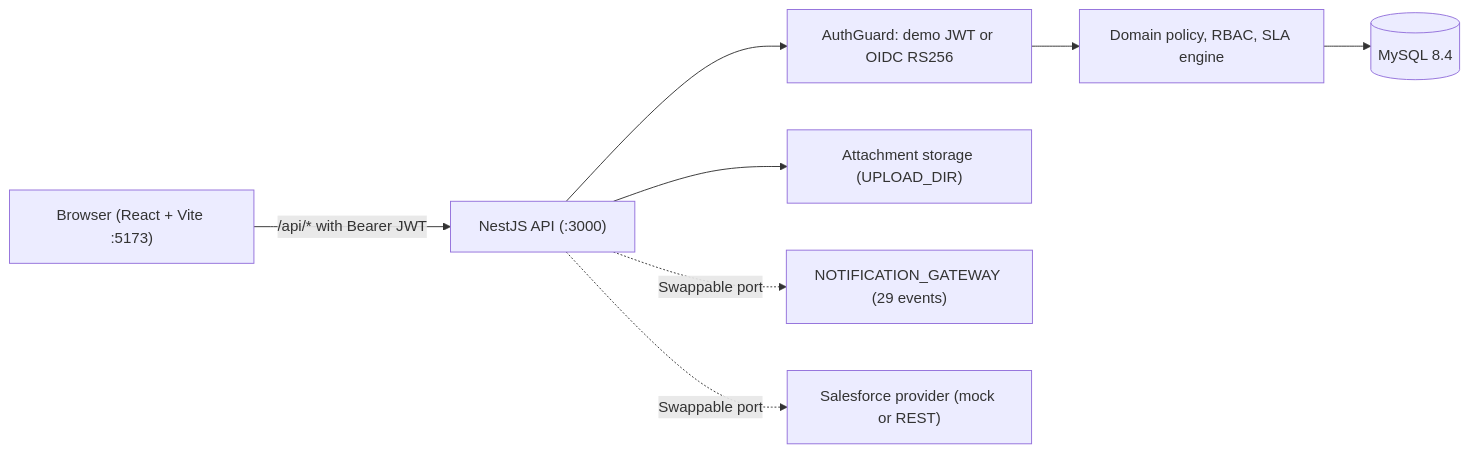
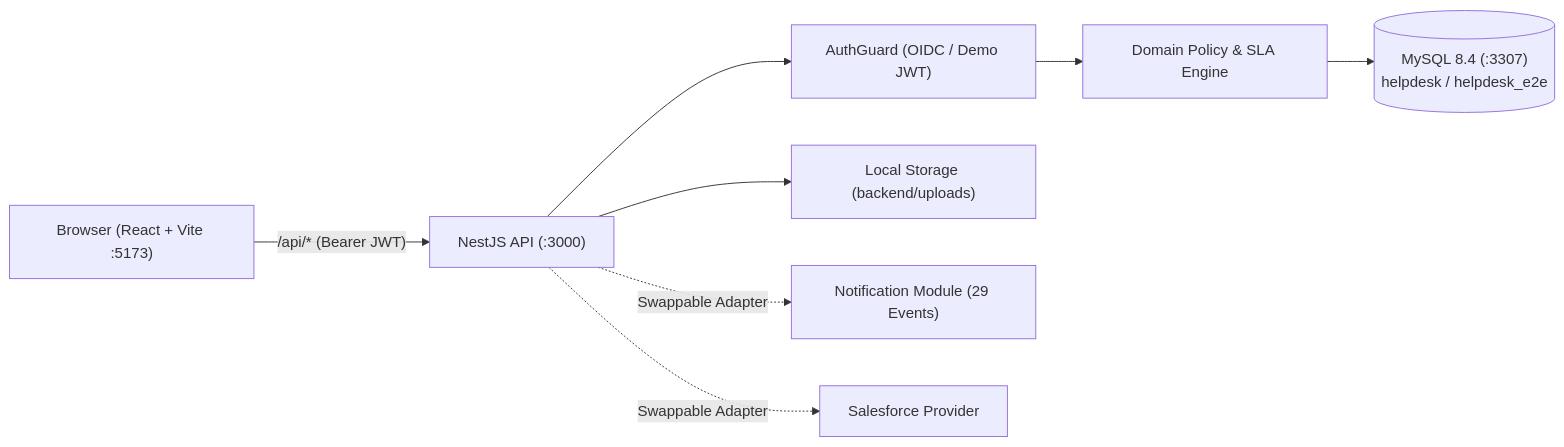
Before and after one commit to sprabudh/npstx-helpdesk-app: the diagram in README.md, drawn with Mermaid. The commit also changed other lines of this file, not shown here.

````diff
--- a/README.md
+++ b/README.md
@@ -92,10 +59,10 @@
 ```mermaid
 flowchart LR
-    Browser["Browser (React + Vite :5173)"] -- "/api/* with Bearer JWT" --> API["NestJS API (:3000)"]
-    API --> Guard["AuthGuard: demo JWT or OIDC RS256"]
-    Guard --> Policy["Domain policy, RBAC, SLA engine"]
-    Policy --> DB[("MySQL 8.4")]
-    API --> Uploads["Attachment storage (UPLOAD_DIR)"]
-    API -. "Swappable port" .-> Notif["NOTIFICATION_GATEWAY (29 events)"]
-    API -. "Swappable port" .-> SF["Salesforce provider (mock or REST)"]
+    Browser["Browser (React + Vite :5173)"] -- "/api/* (Bearer JWT)" --> API["NestJS API (:3000)"]
+    API --> Guard["AuthGuard (OIDC / Demo JWT)"]
+    Guard --> Policy["Domain Policy & SLA Engine"]
+    Policy --> DB[("MySQL 8.4 (:3307)\nhelpdesk / helpdesk_e2e")]
+    API --> Uploads["Local Storage (backend/uploads)"]
+    API -. "Swappable Adapter" .-> Notif["Notification Module (29 Events)"]
+    API -. "Swappable Adapter" .-> SF["Salesforce Provider"]
 ```
````
